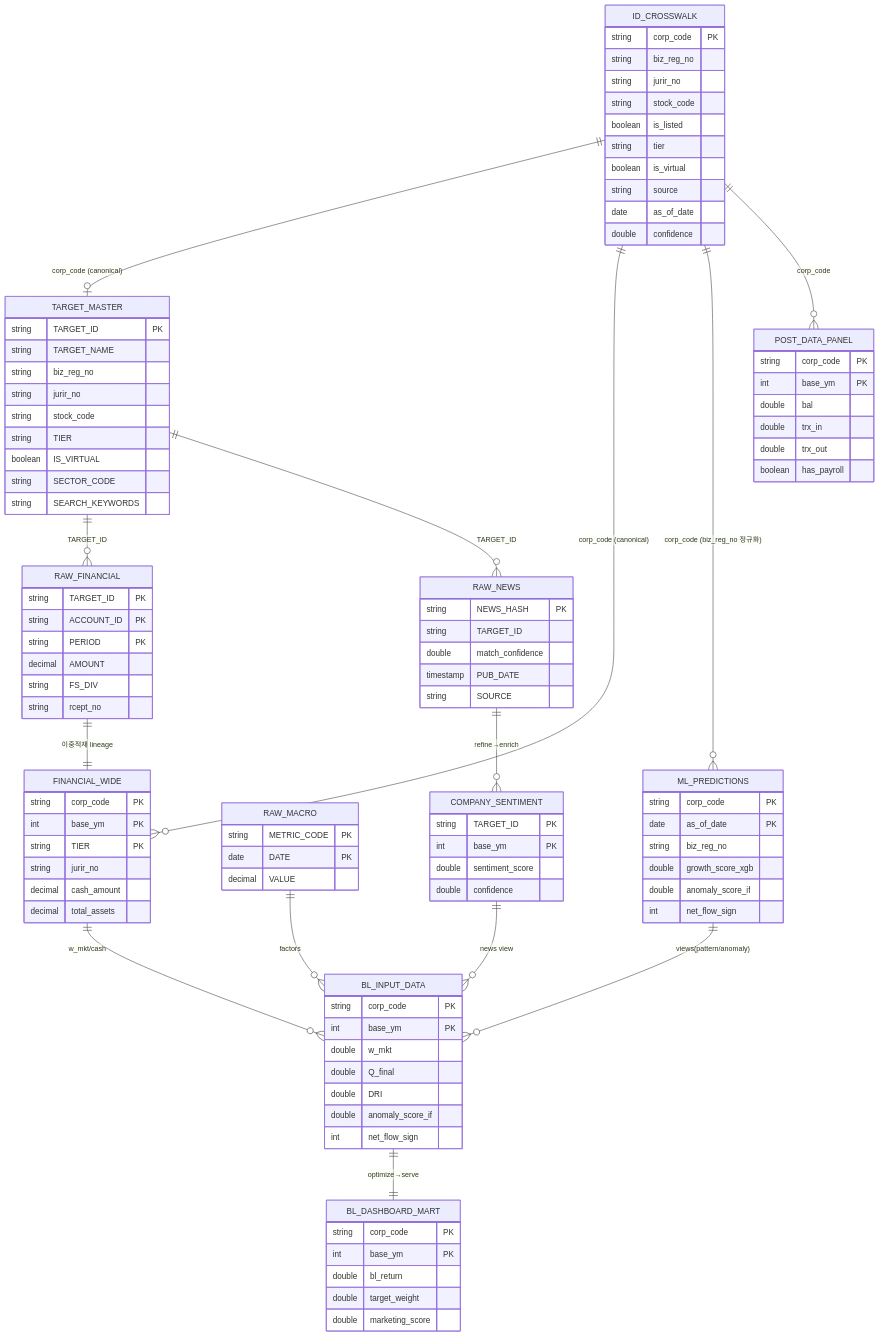
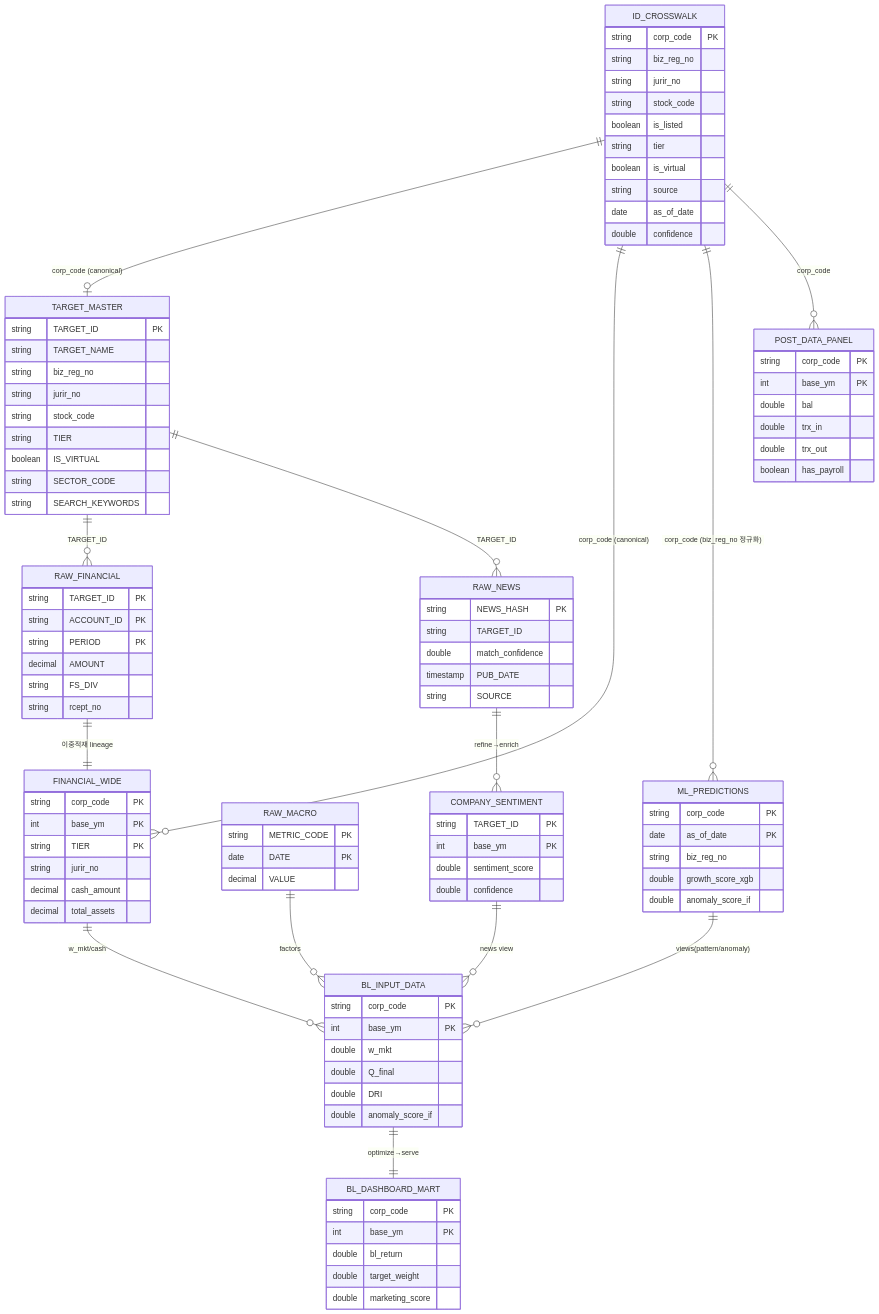
Before and after one commit to blunderblus/black_litterman_project: the second of 5 diagrams in docs/design/02-data-pipeline.md, drawn with Mermaid. The commit also changed other lines of this file and 26 other files, not shown here.

```diff
--- a/docs/design/02-data-pipeline.md
+++ b/docs/design/02-data-pipeline.md
@@ -426,7 +424,6 @@
     string biz_reg_no
     double growth_score_xgb
     double anomaly_score_if
-    int net_flow_sign
   }
   POST_DATA_PANEL {
     string corp_code PK
@@ -443,7 +440,6 @@
     double Q_final
     double DRI
     double anomaly_score_if
-    int net_flow_sign
   }
   BL_DASHBOARD_MART {
     string corp_code PK
```
